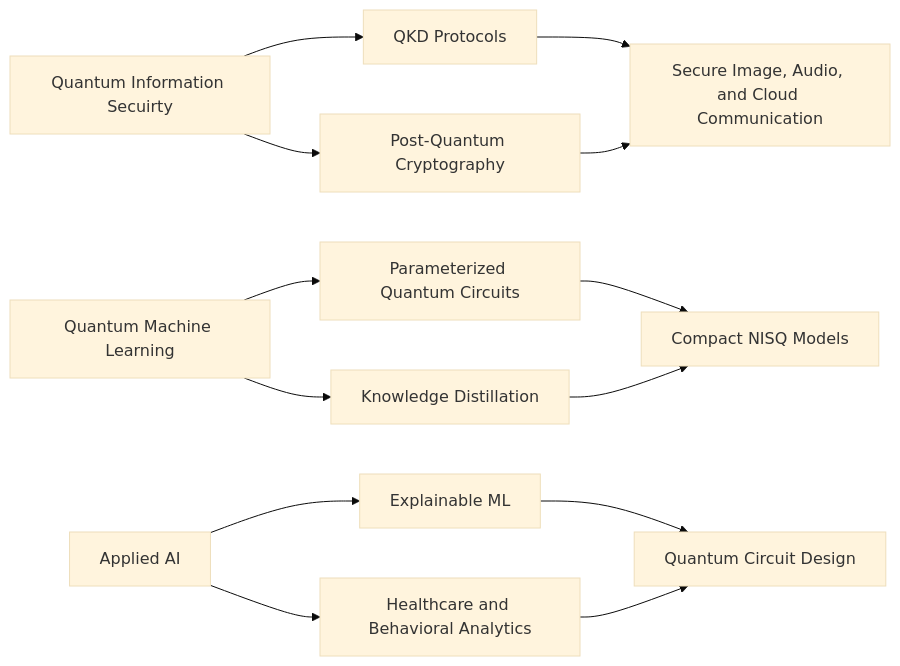
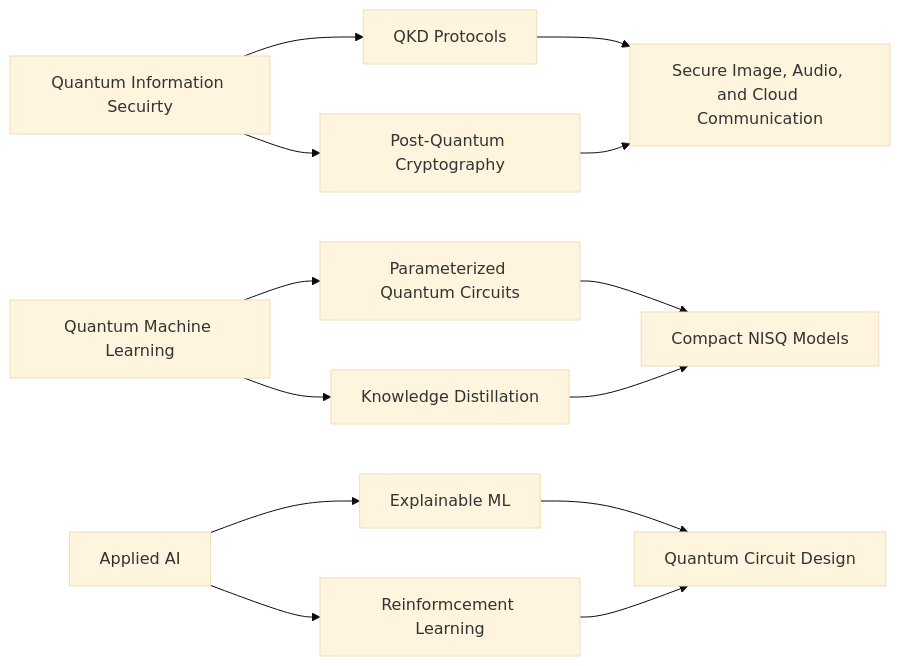
The first of 2 diagrams in README.md (shawmoonazad/shawmoonazad), drawn with Mermaid (base theme) before and after one commit.

Commit message:
Update healthcare analytics to reinforcement learning

````diff
--- a/README.md
+++ b/README.md
@@ -47,15 +47,15 @@
 ```mermaid
 flowchart LR
     A["Quantum Information Secuirty"] --> B["QKD Protocols"]
     A --> C["Post-Quantum Cryptography"]
     B --> D["Secure Image, Audio, and Cloud Communication"]
     C --> D
     E["Quantum Machine Learning"] --> F["Parameterized Quantum Circuits"]
     E --> G["Knowledge Distillation"]
     F --> H["Compact NISQ Models"]
     G --> H
     I["Applied AI"] --> J["Explainable ML"]
-    I --> K["Healthcare and Behavioral Analytics"]
+    I --> K["Reinformcement Learning"]
     J --> L["Quantum Circuit Design"]
     K --> L
 ```
````
